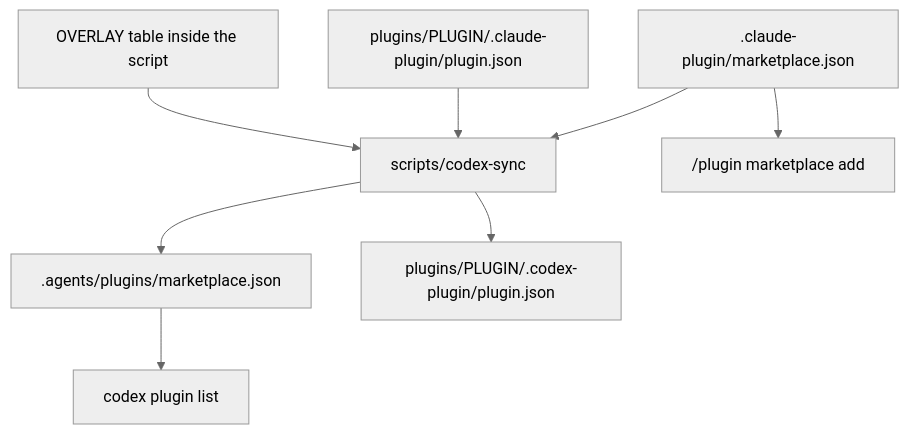
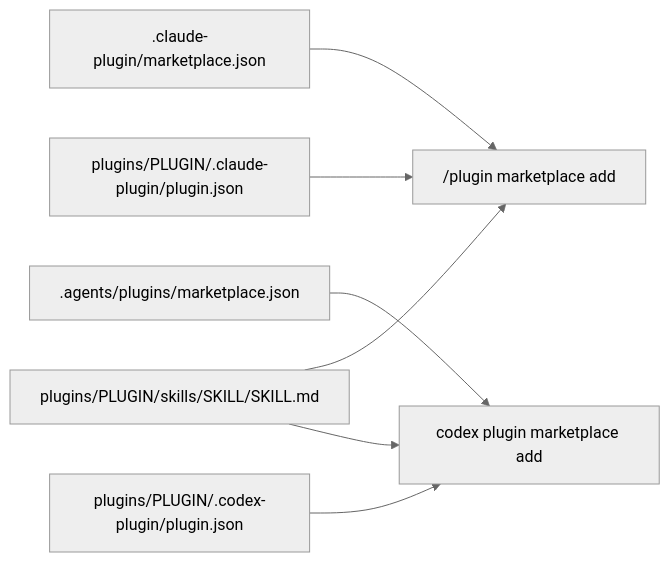
Before and after one commit to sidhanthapoddar99/sids-plugin-marketplace: the diagram in Documentation/08_this-marketplace.md, drawn with Mermaid (neutral theme). The commit also changed other lines of this file and 8 other files, not shown here.

Commit message:
feat: update marketplace configuration and documentation for new plugins

````diff
--- a/Documentation/08_this-marketplace.md
+++ b/Documentation/08_this-marketplace.md
@@ -60,10 +51,9 @@
 ```mermaid
-flowchart TD
-    A[".claude-plugin/marketplace.json"] --> S["scripts/codex-sync"]
-    B["plugins/PLUGIN/.claude-plugin/plugin.json"] --> S
-    O["OVERLAY table inside the script"] --> S
-    S --> C[".agents/plugins/marketplace.json"]
-    S --> D["plugins/PLUGIN/.codex-plugin/plugin.json"]
-    C --> E["codex plugin list"]
-    A --> F["/plugin marketplace add"]
+flowchart LR
+    A[".claude-plugin/marketplace.json"] --> F["/plugin marketplace add"]
+    B["plugins/PLUGIN/.claude-plugin/plugin.json"] --> F
+    C[".agents/plugins/marketplace.json"] --> E["codex plugin marketplace add"]
+    D["plugins/PLUGIN/.codex-plugin/plugin.json"] --> E
+    S["plugins/PLUGIN/skills/SKILL/SKILL.md"] --> F
+    S --> E
 ```
````
